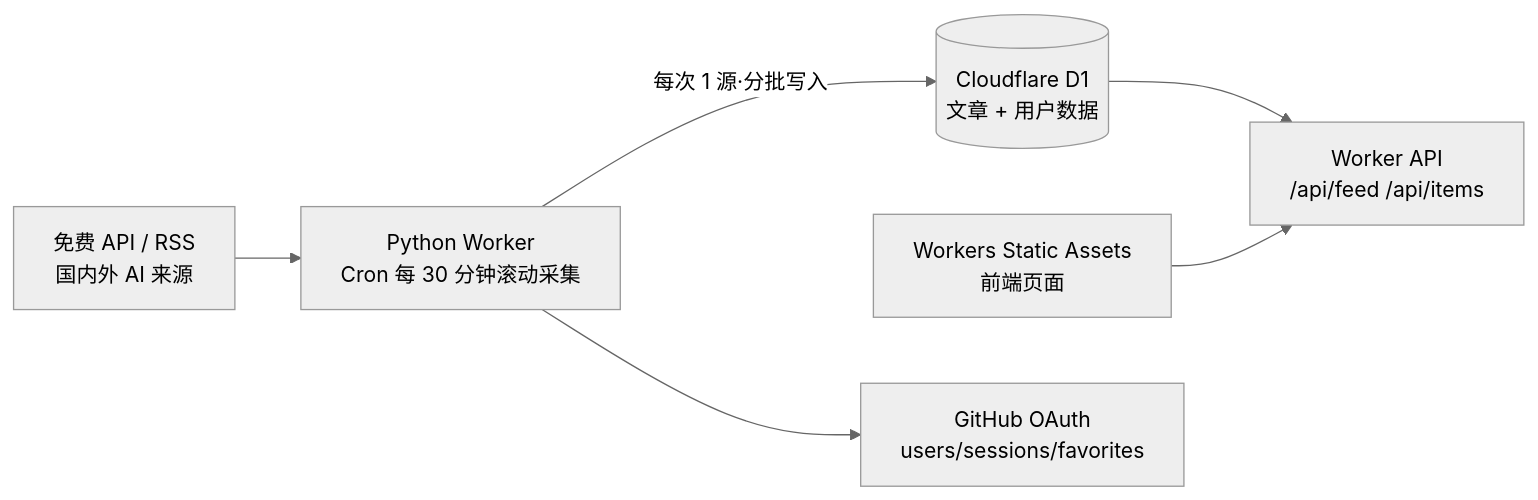
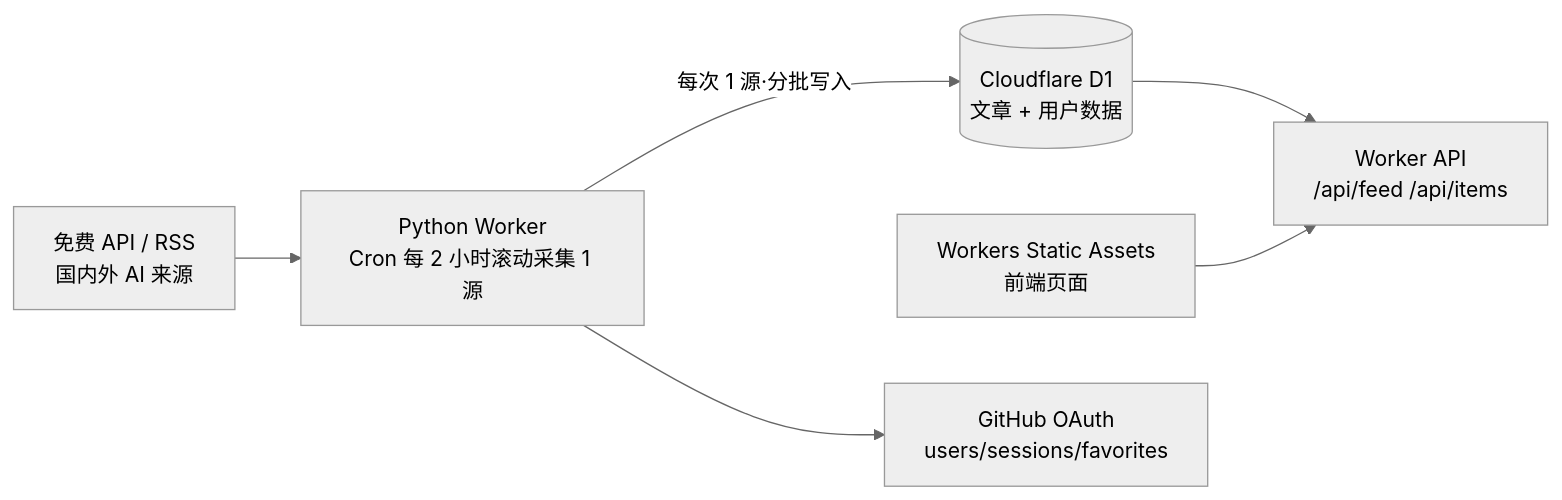
One commit to 2432448868/AI-News changed the diagram in docs/cloudflare/README.md. Above: the diagram before and after it, drawn with Mermaid (neutral theme). The commit also changed 4 other files, not shown here.

```diff
--- a/docs/cloudflare/README.md
+++ b/docs/cloudflare/README.md
@@ -30,8 +30,8 @@
 ~~~mermaid
 flowchart LR
-  A[免费 API / RSS<br/>国内外 AI 来源] --> B[Python Worker<br/>Cron 每 30 分钟滚动采集]
+  A[免费 API / RSS<br/>国内外 AI 来源] --> B[Python Worker<br/>Cron 每 2 小时滚动采集 1 源]
   B -->|每次 1 源·分批写入| C[(Cloudflare D1<br/>文章 + 用户数据)]
   C --> D[Worker API<br/>/api/feed /api/items]
   E[Workers Static Assets<br/>前端页面] --> D
   B --> F[GitHub OAuth<br/>users/sessions/favorites]
 ~~~
```
